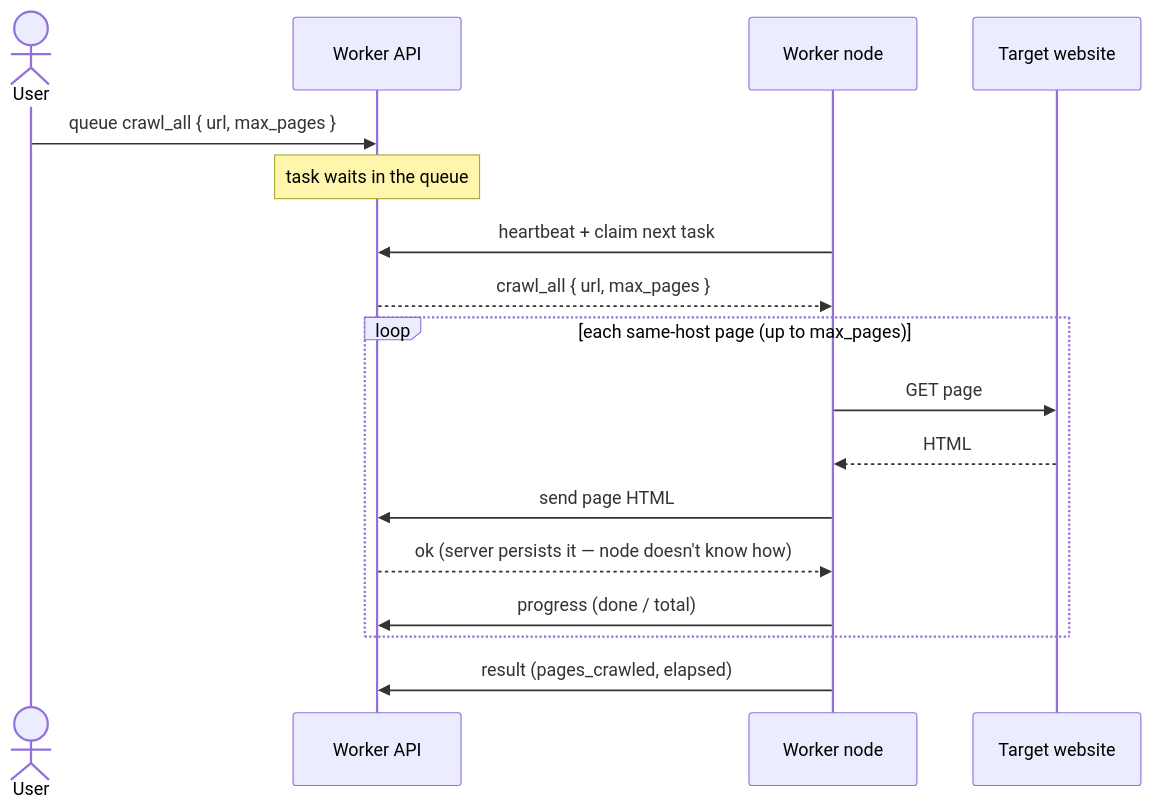
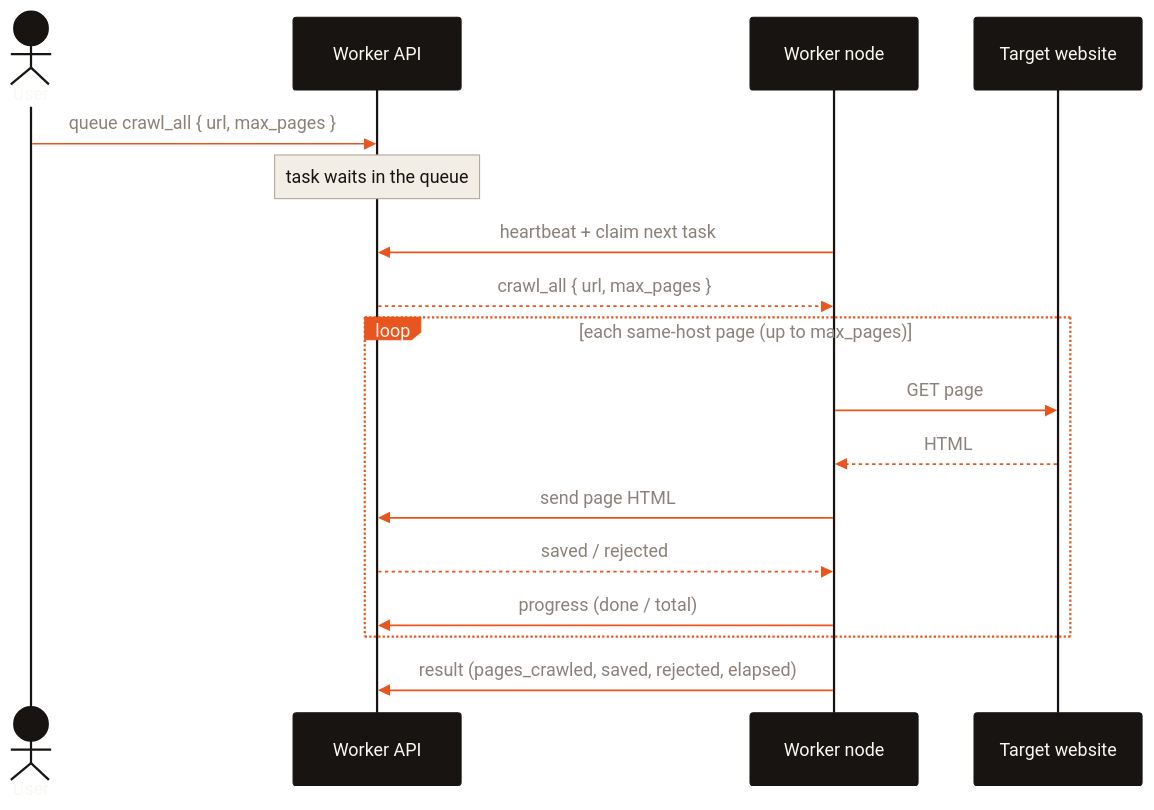
Before and after one commit to pamfilico/crawlfast-external-worker: the first of 2 diagrams in README.md, drawn with Mermaid. The commit also changed other lines of this file and 5 other files, not shown here.

````diff
--- a/README.md
+++ b/README.md
@@ -86,20 +92,21 @@
 ```mermaid
+%%{init: {'theme':'base','themeVariables':{'primaryColor':'#F2EEE6','primaryTextColor':'#171411','primaryBorderColor':'#171411','lineColor':'#E8551E','actorBkg':'#171411','actorTextColor':'#FAF8F3','actorBorder':'#171411','signalColor':'#E8551E','signalTextColor':'#8A8178','labelBoxBkgColor':'#E8551E','labelBoxBorderColor':'#E8551E','labelTextColor':'#FAF8F3','loopTextColor':'#8A8178','noteBkgColor':'#F2EEE6','noteTextColor':'#171411','noteBorderColor':'#B4AA9C'}}}%%
 sequenceDiagram
     actor User
     participant API as Worker API
     participant W as Worker node
     participant Site as Target website
 
     User->>API: queue crawl_all { url, max_pages }
     Note over API: task waits in the queue
     W->>API: heartbeat + claim next task
     API-->>W: crawl_all { url, max_pages }
     loop each same-host page (up to max_pages)
         W->>Site: GET page
         Site-->>W: HTML
         W->>API: send page HTML
-        API-->>W: ok (server persists it — node doesn't know how)
+        API-->>W: saved / rejected
         W->>API: progress (done / total)
     end
-    W->>API: result (pages_crawled, elapsed)
+    W->>API: result (pages_crawled, saved, rejected, elapsed)
 ```
````
